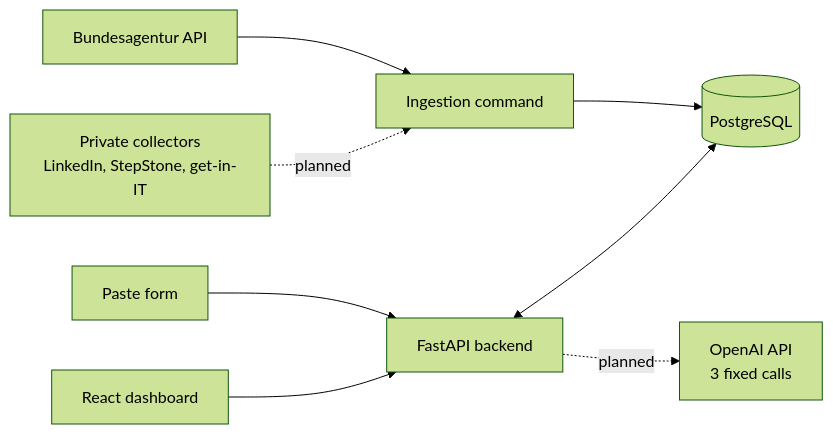
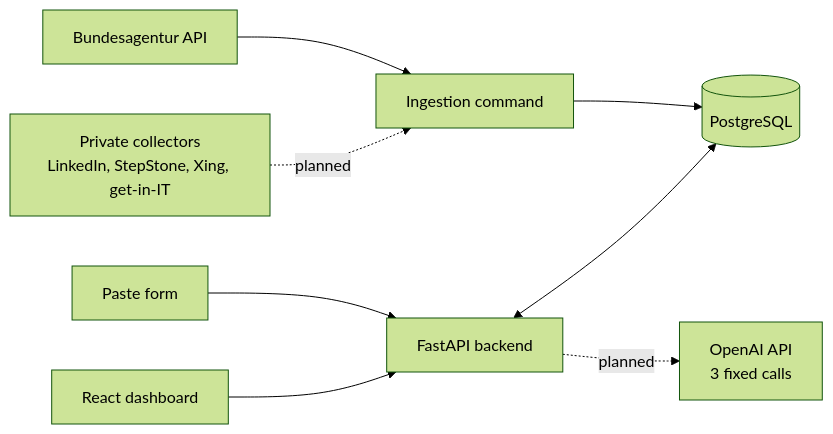
The diagram in README.md (H76Rezaei/job-intelligence-assistant), drawn with Mermaid (forest theme) before and after one commit. The commit also changed other lines of this file and 4 other files, not shown here.

Commit message:
Add Xing to the Step 3 collectors

````diff
--- a/README.md
+++ b/README.md
@@ -28,10 +28,10 @@
 ```mermaid
 flowchart LR
     BA[Bundesagentur API] --> Ingest[Ingestion command]
     Paste[Paste form] --> API
-    Collectors[Private collectors<br/>LinkedIn, StepStone, get-in-IT] -.planned.-> Ingest
+    Collectors[Private collectors<br/>LinkedIn, StepStone, Xing, get-in-IT] -.planned.-> Ingest
     Ingest --> DB[(PostgreSQL)]
     API[FastAPI backend] <--> DB
     UI[React dashboard] --> API
     API -.planned.-> LLM[OpenAI API<br/>3 fixed calls]
 ```
````
